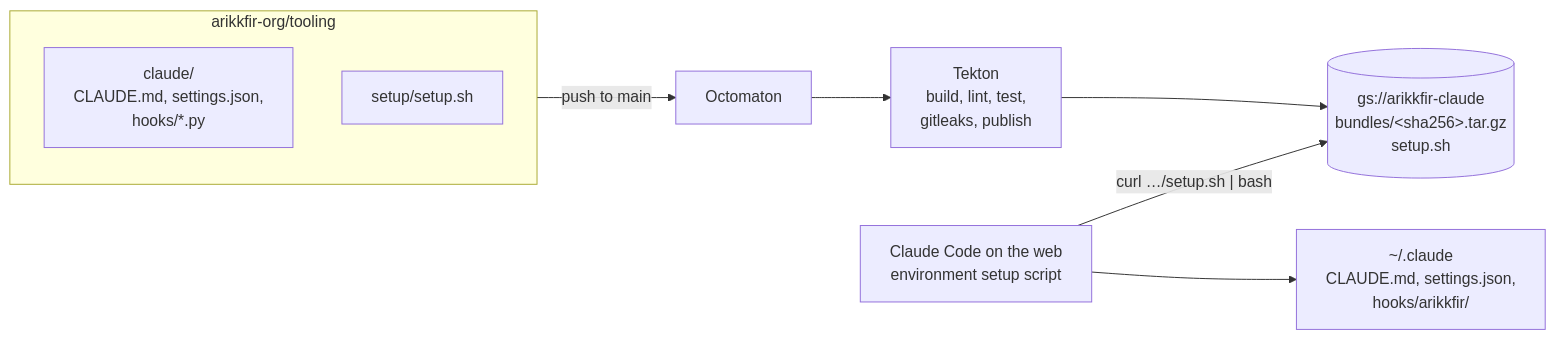
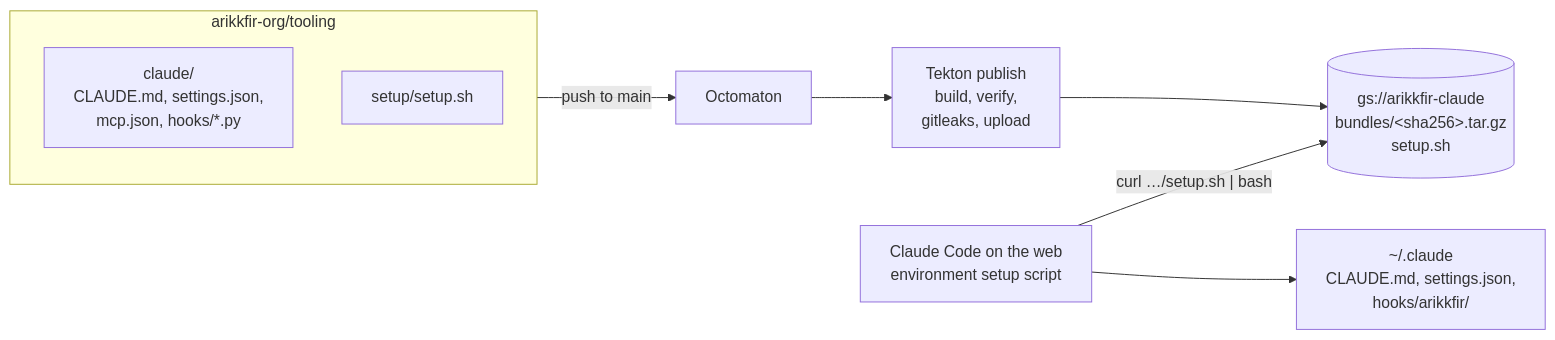
Before and after one commit to arikkfir-org/tooling: the diagram in docs/tooling/designs/phase-5-tooling.md, drawn with Mermaid. The commit also changed other lines of this file and 3 other files, not shown here.

````diff
--- a/docs/tooling/designs/phase-5-tooling.md
+++ b/docs/tooling/designs/phase-5-tooling.md
@@ -9,11 +9,11 @@
 ```mermaid
 flowchart LR
   subgraph repo[arikkfir-org/tooling]
-    C[claude/<br/>CLAUDE.md, settings.json,<br/>hooks/*.py]
+    C[claude/<br/>CLAUDE.md, settings.json,<br/>mcp.json, hooks/*.py]
     S[setup/setup.sh]
   end
-  repo -- push to main --> SB[Octomaton] --> TK[Tekton<br/>build, lint, test,<br/>gitleaks, publish]
+  repo -- push to main --> SB[Octomaton] --> TK[Tekton publish<br/>build, verify,<br/>gitleaks, upload]
   TK --> B[(gs://arikkfir-claude<br/>bundles/&lt;sha256&gt;.tar.gz<br/>setup.sh)]
   E[Claude Code on the web<br/>environment setup script] -- "curl …/setup.sh | bash" --> B
   E --> H["~/.claude<br/>CLAUDE.md, settings.json,<br/>hooks/arikkfir/"]
 ```
````
